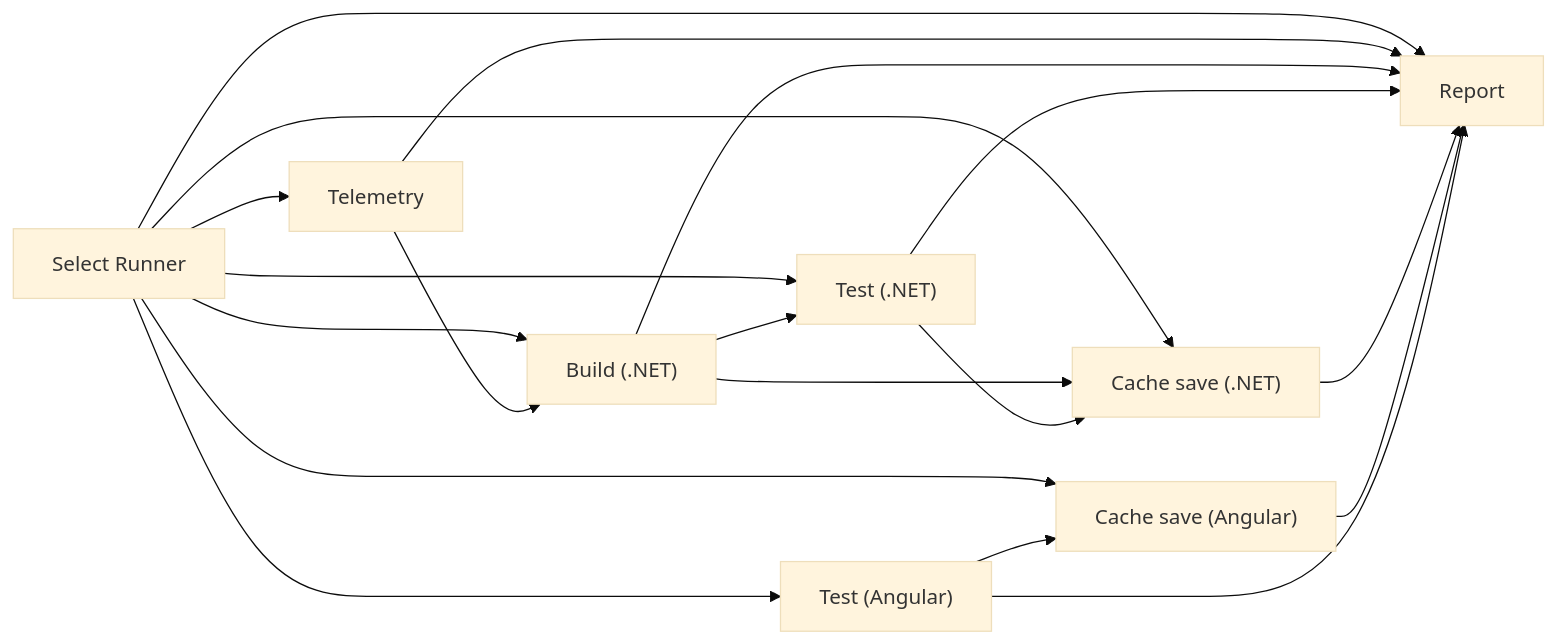
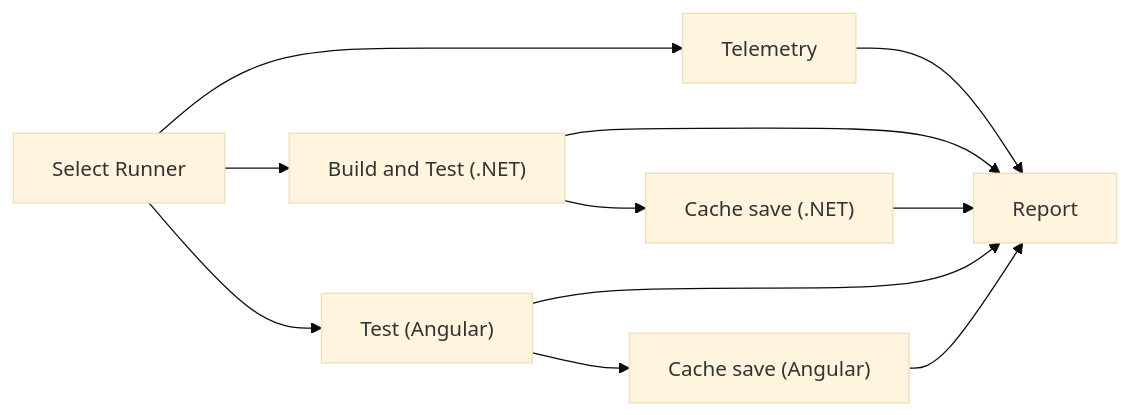
One commit to ugritchaichana/booth-homelab changed the second of 2 diagrams in wiki/04-SDET-Transitive-Affected-Testing.md. Above: the diagram before and after it, drawn with Mermaid (base theme). The commit also changed other lines of this file and 27 other files, not shown here.

````diff
--- a/wiki/04-SDET-Transitive-Affected-Testing.md
+++ b/wiki/04-SDET-Transitive-Affected-Testing.md
@@ -42,15 +42,7 @@
 ```mermaid
 graph LR
-    S["Select Runner"] --> T["Telemetry"] & B["Build (.NET)"] & TD["Test (.NET)"] & CS["Cache save (.NET)"] & A["Test (Angular)"] & AS["Cache save (Angular)"] & R["Report"]
-    T --> B
-    B --> TD["Test (.NET)"]
-    B --> CS["Cache save (.NET)"]
-    TD --> CS
-    A["Test (Angular)"] --> AS["Cache save (Angular)"]
-    T --> R["Report"]
-    B --> R
-    TD --> R
-    CS --> R
-    AS --> R
-    A --> R
+    S["Select Runner"] --> T["Telemetry"] & D["Build and Test (.NET)"] & A["Test (Angular)"]
+    D --> CS["Cache save (.NET)"]
+    A --> AS["Cache save (Angular)"]
+    T & D & CS & A & AS --> R["Report"]
 ```
````
